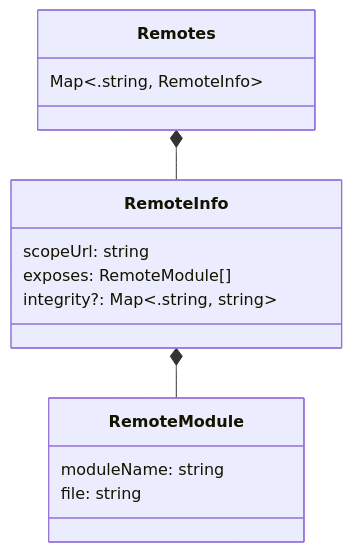
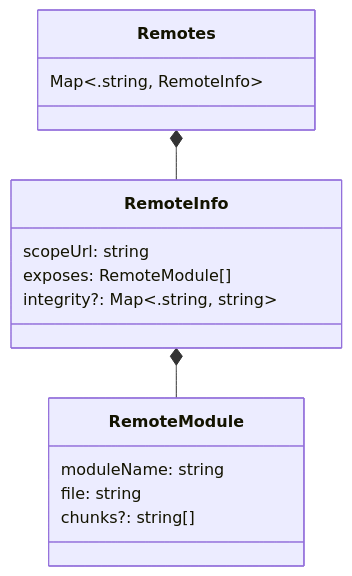
The fourth of 5 diagrams in docs/architecture.md (native-federation/orchestrator), drawn with Mermaid before and after one commit. The commit also changed other lines of this file and 11 other files, not shown here.

````diff
--- a/docs/architecture.md
+++ b/docs/architecture.md
@@ -269,20 +282,21 @@
 ```mermaid
 classDiagram
     Remotes *-- RemoteInfo
     RemoteInfo *-- RemoteModule
 
     class Remotes {
         Map<.string, RemoteInfo>
     }
 
     class RemoteInfo {
         scopeUrl: string
         exposes: RemoteModule[]
         integrity?: Map<.string, string>
     }
 
     class RemoteModule{
         moduleName: string
         file: string
+        chunks?: string[]
     }
 ```
````
